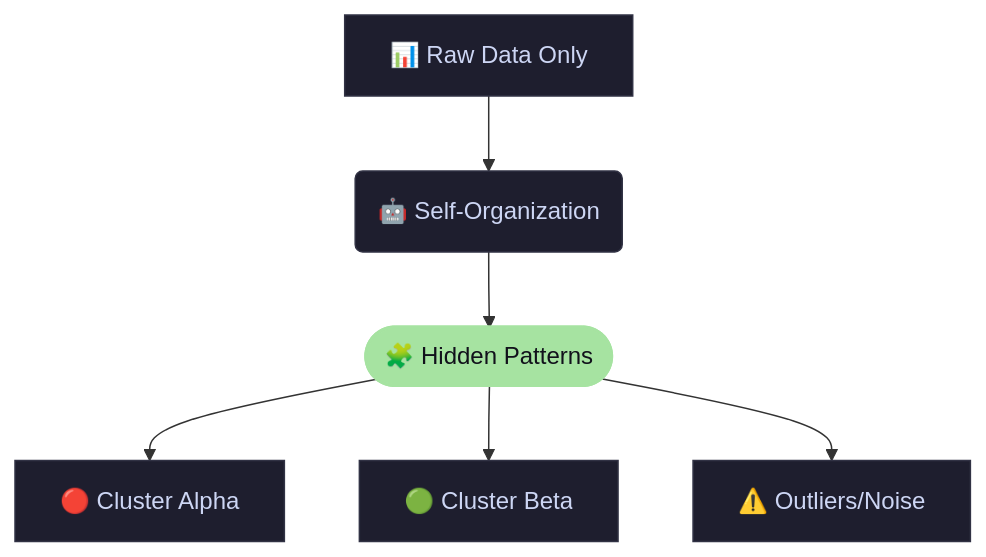
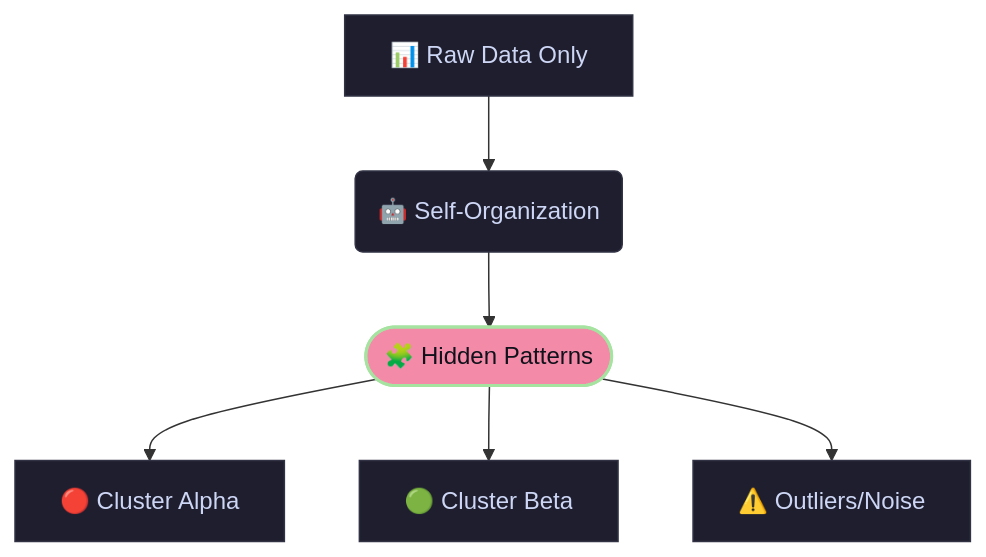
One commit to jingerlab/pibm_demo changed the second of 2 diagrams in slides.md. Above: the diagram before and after it, drawn with Mermaid. The commit also changed other lines of this file and 3 other files, not shown here.

````diff
--- a/slides.md
+++ b/slides.md
@@ -147,15 +147,15 @@
 ```mermaid
 graph TD
     %% Define Theme Style
     classDef default fill:#1e1e2e,stroke:#313244,stroke-width:1px,color:#cdd6f4;
-    classDef discovery fill:#a6e3a1,stroke:#a6e3a1,stroke-width:2px,color:#11111b;
+    classDef discovery fill:#f38ba8,stroke:#a6e3a1,stroke-width:2px,color:#11111b;
     
     X[📊 Raw Data Only] --> Y(🤖 Self-Organization)
     Y --> Z([🧩 Hidden Patterns])
     
     Z --> Z1[🔴 Cluster Alpha]
     Z --> Z2[🟢 Cluster Beta]
     Z --> Z3[⚠️ Outliers/Noise]
     
     class Z discovery;
 ```
````
